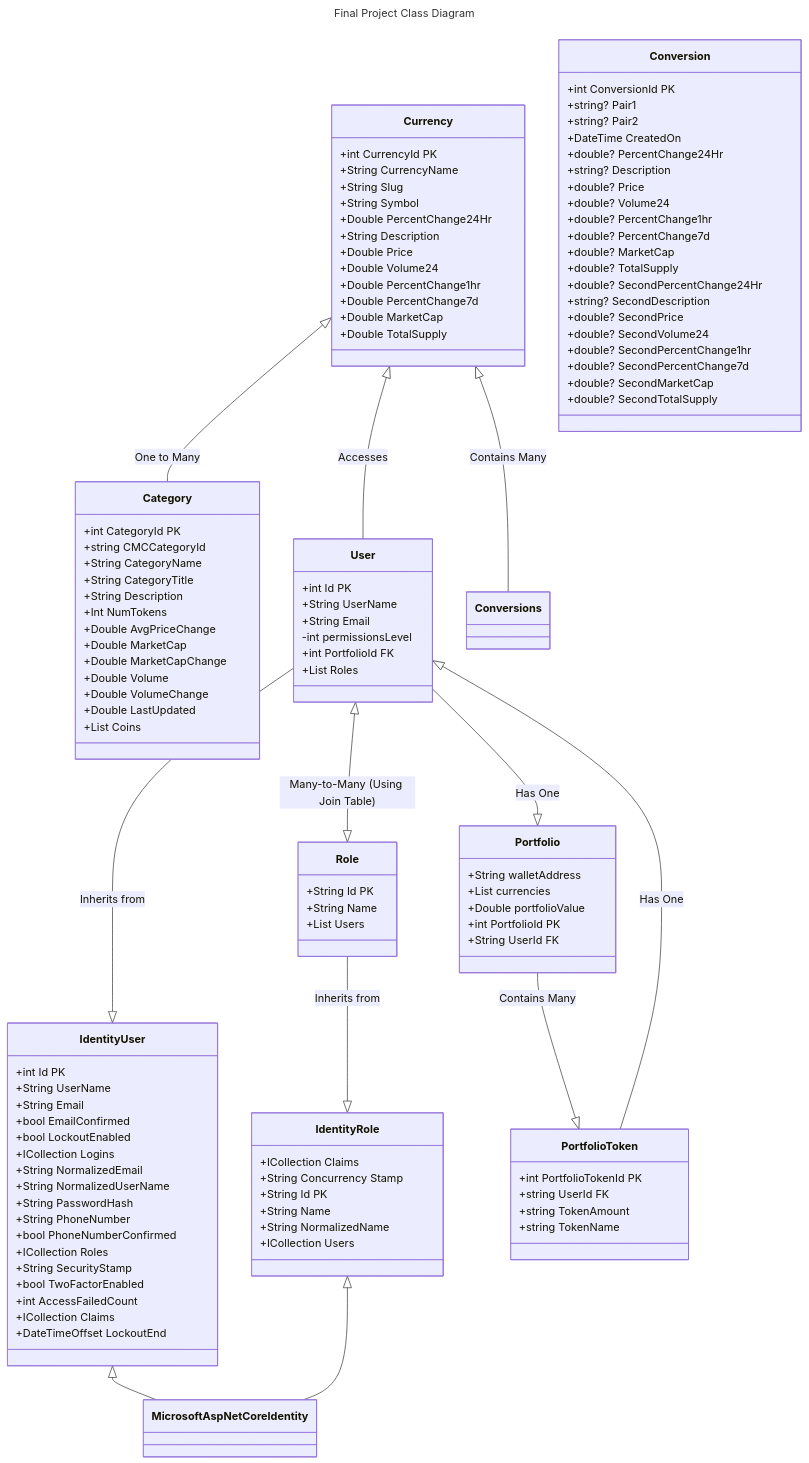
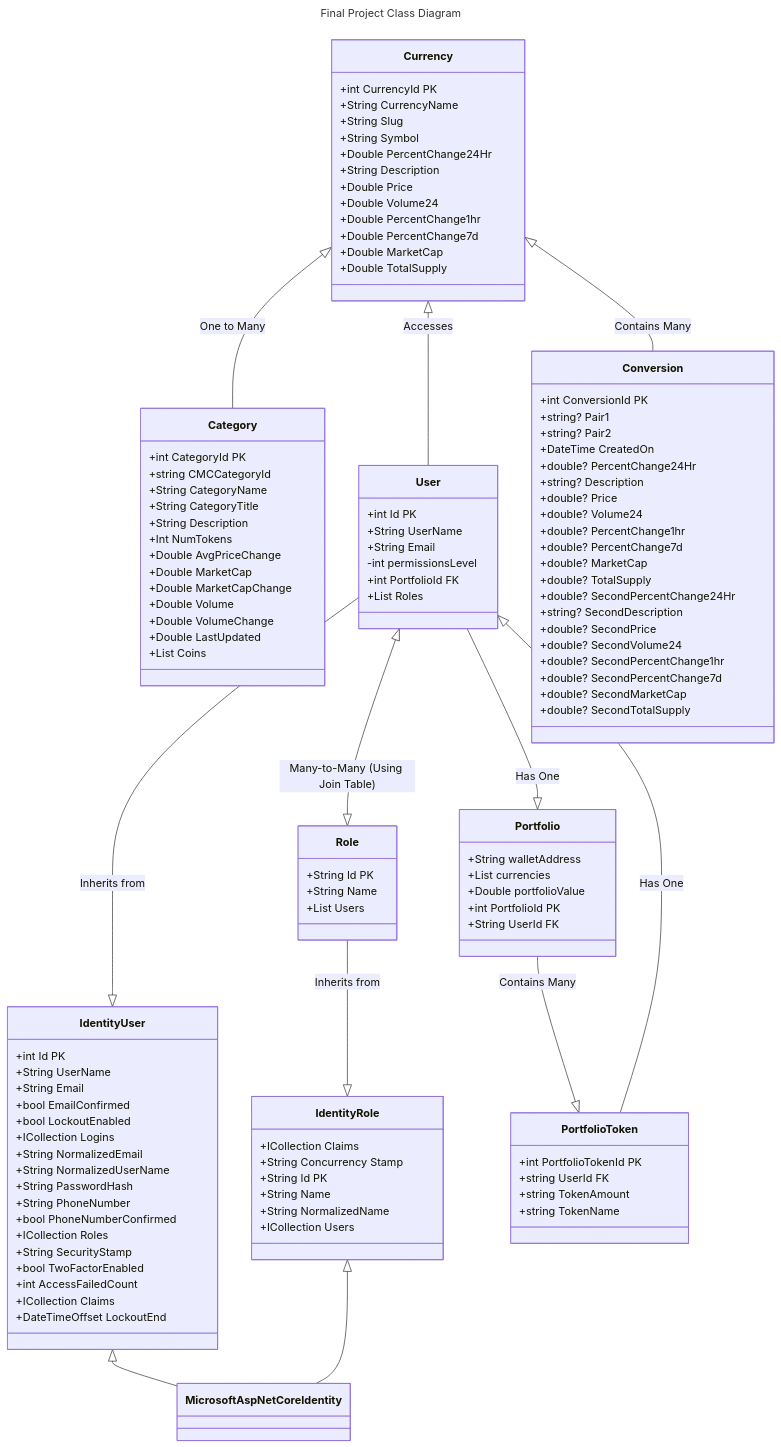
One commit to UC-IT3045C/final-project-final-project-1 changed the diagram in README.md. Above: the diagram before and after it, drawn with Mermaid.

Commit message:
another readmefix

```diff
--- a/README.md
+++ b/README.md
@@ -14,7 +14,7 @@
     User --|> Portfolio : Has One
     Portfolio --|> PortfolioToken : Contains Many
     PortfolioToken --|> User : Has One 
-    Currency <|-- Conversions : Contains Many
+    Currency <|-- Conversion : Contains Many
     User <|--|> Role : Many-to-Many (Using Join Table)
     class Currency{
         +int CurrencyId PK
```
